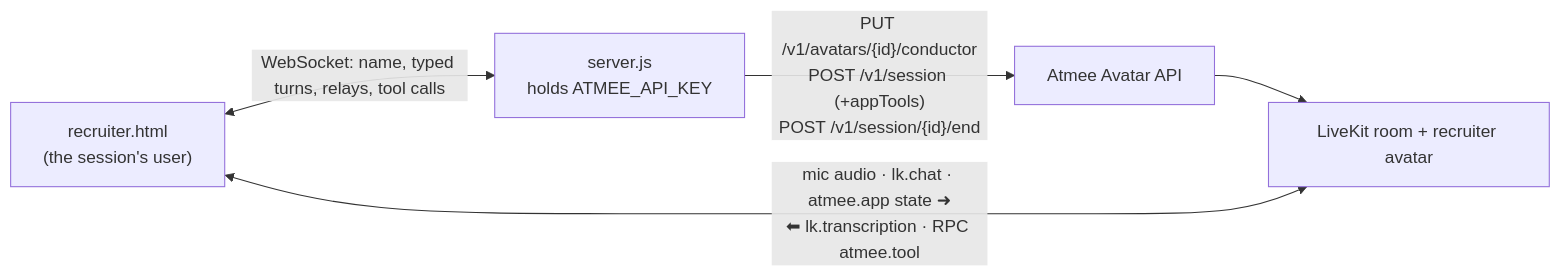
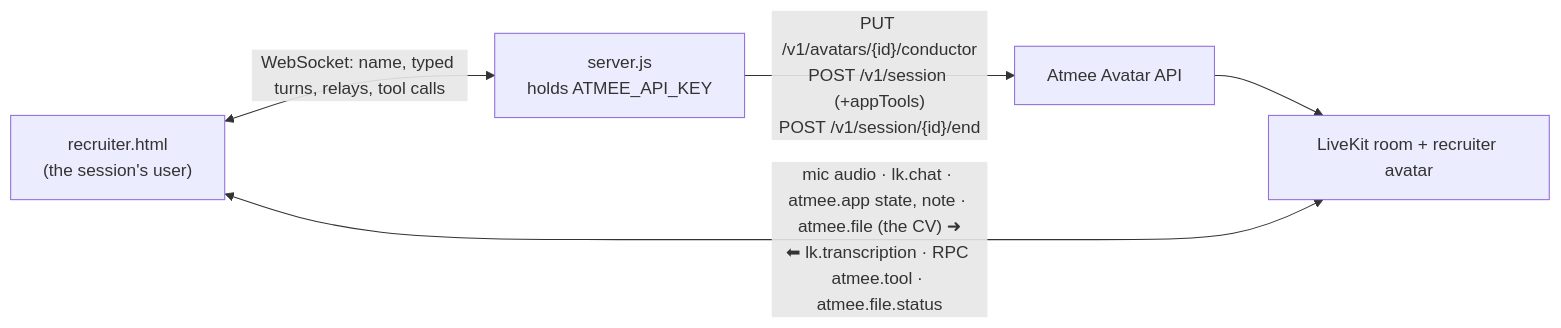
One commit to Atmanity/atmee-ai-demos changed the diagram in apps/recruiter/README.md. Above: the diagram before and after it, drawn with Mermaid. The commit also changed other lines of this file and 61 other files, not shown here.

````diff
--- a/apps/recruiter/README.md
+++ b/apps/recruiter/README.md
@@ -29,7 +32,7 @@
 ```mermaid
 flowchart LR
   P["recruiter.html<br/>(the session's user)"] <-- "WebSocket: name, typed turns, relays, tool calls" --> S["server.js<br/>holds ATMEE_API_KEY"]
   S -- "PUT /v1/avatars/{id}/conductor<br/>POST /v1/session (+appTools)<br/>POST /v1/session/{id}/end" --> A["Atmee Avatar API"]
   A --> R["LiveKit room + recruiter avatar"]
-  P <-- "mic audio · lk.chat · atmee.app state ➜<br/>⬅ lk.transcription · RPC atmee.tool" --> R
+  P <-- "mic audio · lk.chat · atmee.app state, note · atmee.file (the CV) ➜<br/>⬅ lk.transcription · RPC atmee.tool · atmee.file.status" --> R
 ```
````
